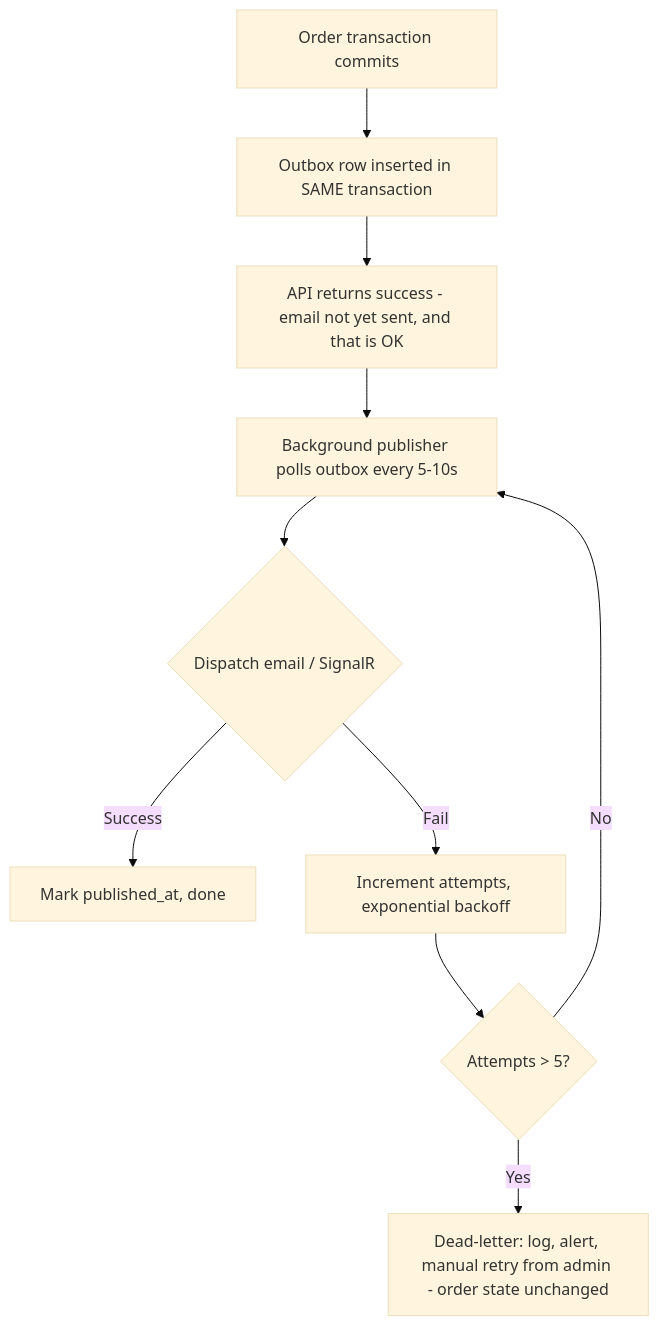
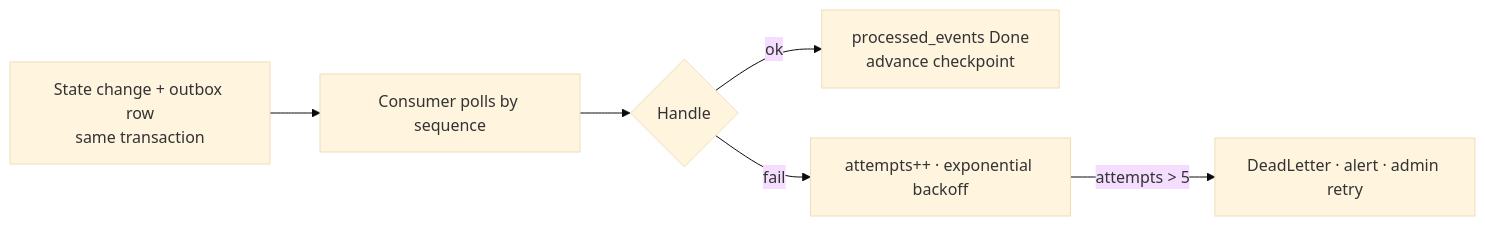
One commit to robmars123/Ecommerce changed the fifth of 6 diagrams in docs/ecommerce-architecture.md. Above: the diagram before and after it, drawn with Mermaid (base theme). The commit also changed other lines of this file and 227 other files, not shown here.

````diff
--- a/docs/ecommerce-architecture.md
+++ b/docs/ecommerce-architecture.md
@@ -437,12 +421,8 @@
 ```mermaid
-flowchart TD
-    A[Order transaction commits] --> B[Outbox row inserted in SAME transaction]
-    B --> C[API returns success - email not yet sent, and that is OK]
-    C --> D[Background publisher polls outbox every 5-10s]
-    D --> E{Dispatch email / SignalR}
-    E -- Success --> F[Mark published_at, done]
-    E -- Fail --> G[Increment attempts, exponential backoff]
-    G --> H{Attempts > 5?}
-    H -- No --> D
-    H -- Yes --> I[Dead-letter: log, alert, manual retry from admin - order state unchanged]
+flowchart LR
+    A[State change + outbox row<br/>same transaction] --> B[Consumer polls by sequence]
+    B --> C{Handle}
+    C -- ok --> D[processed_events Done<br/>advance checkpoint]
+    C -- fail --> E[attempts++ · exponential backoff]
+    E -- attempts > 5 --> F[DeadLetter · alert · admin retry]
 ```
````
